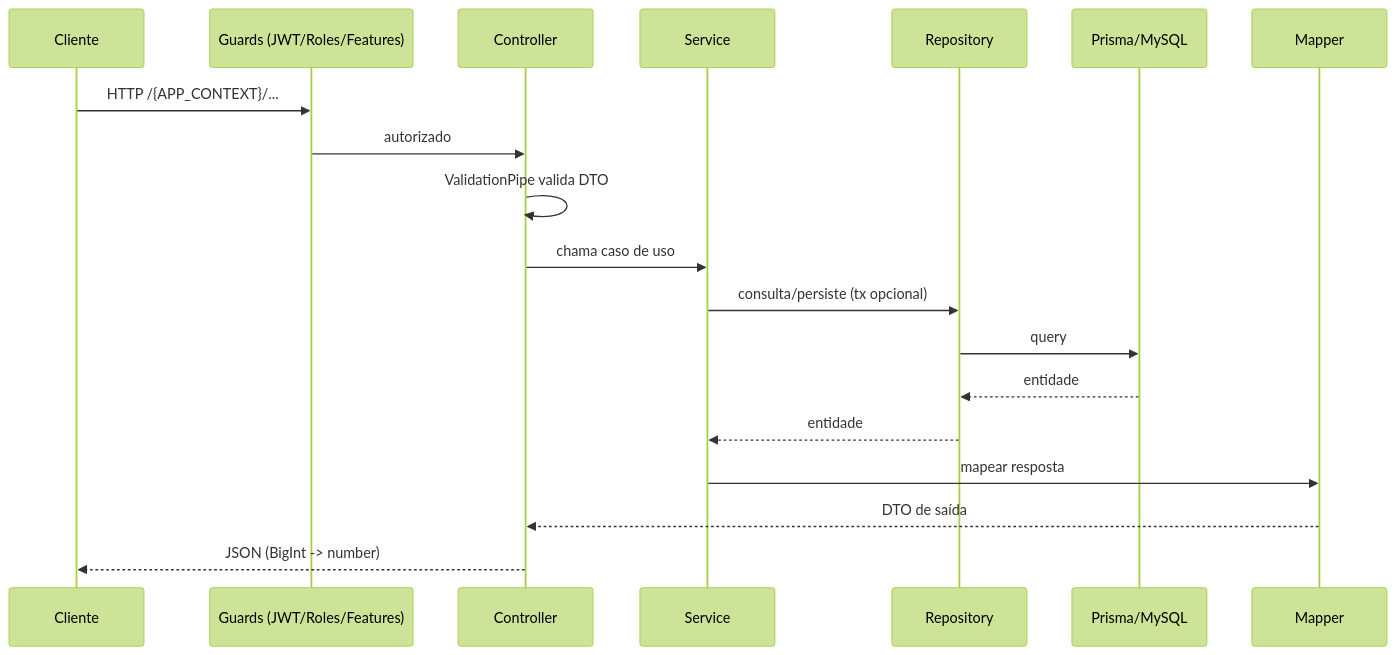
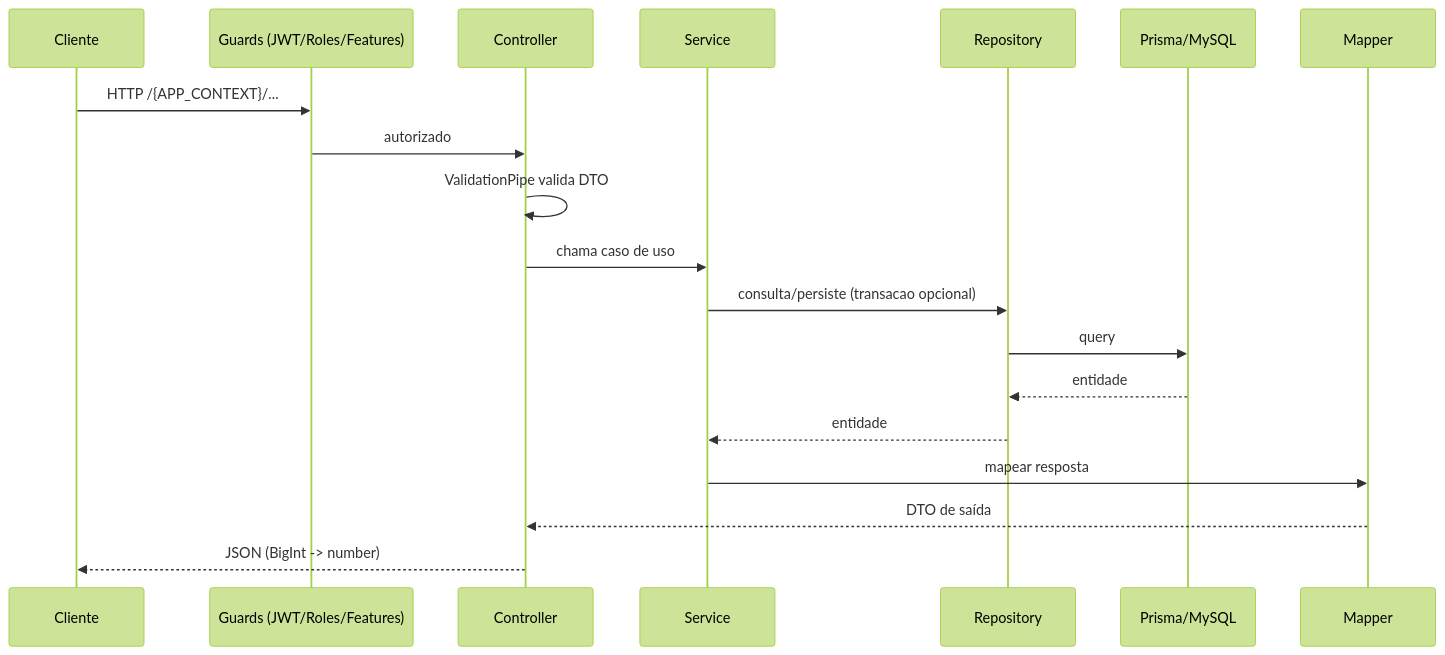
Before and after one commit to Weverson-Luan/letscom-nestjs: the second of 2 diagrams in docs/arquitetura.md, drawn with Mermaid (forest theme). The commit also changed other lines of this file and 45 other files, not shown here.

````diff
--- a/docs/arquitetura.md
+++ b/docs/arquitetura.md
@@ -101,21 +128,21 @@
 ```mermaid
 sequenceDiagram
   participant C as Cliente
   participant G as Guards (JWT/Roles/Features)
   participant Ct as Controller
   participant S as Service
   participant R as Repository
   participant DB as Prisma/MySQL
   participant M as Mapper
   C->>G: HTTP /{APP_CONTEXT}/...
   G->>Ct: autorizado
   Ct->>Ct: ValidationPipe valida DTO
   Ct->>S: chama caso de uso
-  S->>R: consulta/persiste (tx opcional)
+  S->>R: consulta/persiste (transacao opcional)
   R->>DB: query
   DB-->>R: entidade
   R-->>S: entidade
   S->>M: mapear resposta
   M-->>Ct: DTO de saída
   Ct-->>C: JSON (BigInt -> number)
 ```
````
